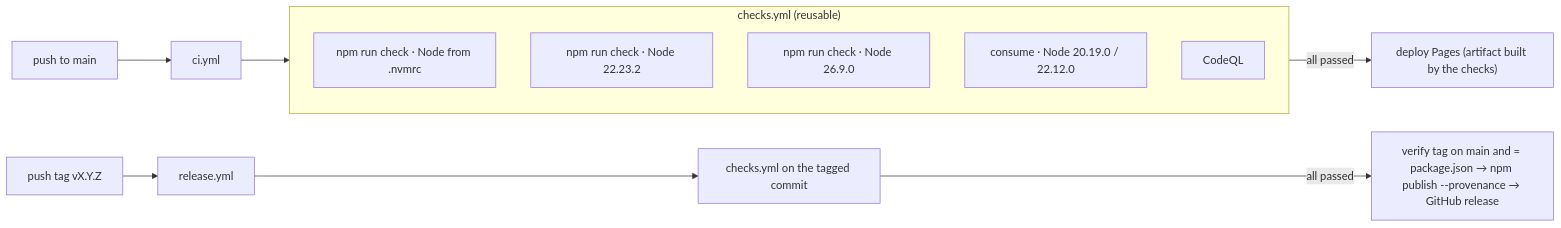
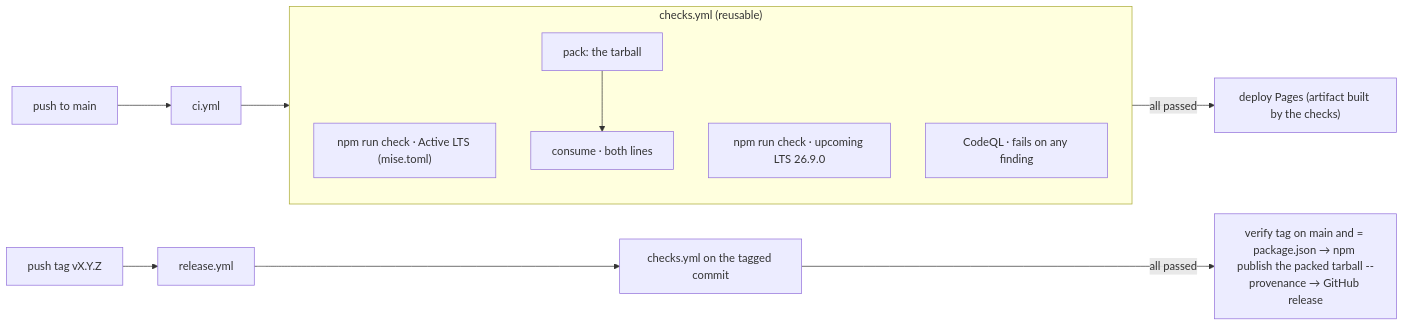
Before and after one commit to dotcarls/fence.js: the diagram in docs/toolchain/release-process.md, drawn with Mermaid. The commit also changed other lines of this file and 47 other files, not shown here.

````diff
--- a/docs/toolchain/release-process.md
+++ b/docs/toolchain/release-process.md
@@ -18,14 +18,13 @@
 ```mermaid
 flowchart LR
     subgraph checks["checks.yml (reusable)"]
-        c1["npm run check · Node from .nvmrc"]
-        c2["npm run check · Node 22.23.2"]
-        c3["npm run check · Node 26.9.0"]
-        c4["consume · Node 20.19.0 / 22.12.0"]
-        c5["CodeQL"]
+        c1["npm run check · Active LTS (mise.toml)"]
+        c2["npm run check · upcoming LTS 26.9.0"]
+        c5b["pack: the tarball"] --> c4["consume · both lines"]
+        c5["CodeQL · fails on any finding"]
     end
     push["push to main"] --> ci["ci.yml"] --> checks
     checks -->|all passed| pages["deploy Pages (artifact built by the checks)"]
     tag["push tag vX.Y.Z"] --> rel["release.yml"] --> checks2["checks.yml on the tagged commit"]
-    checks2 -->|all passed| publish["verify tag on main and = package.json → npm publish --provenance → GitHub release"]
+    checks2 -->|all passed| publish["verify tag on main and = package.json → npm publish the packed tarball --provenance → GitHub release"]
 ```
````
